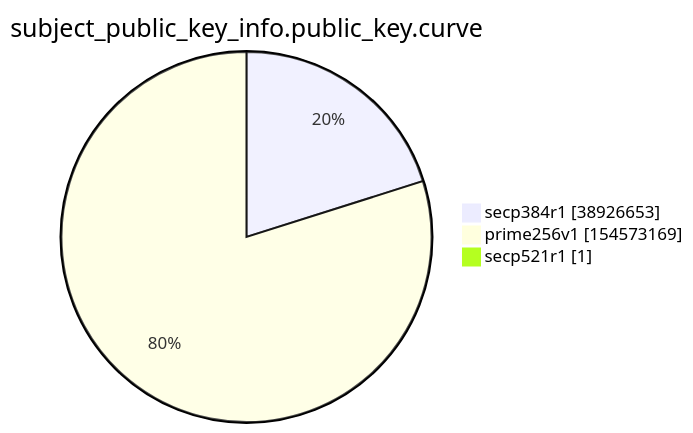
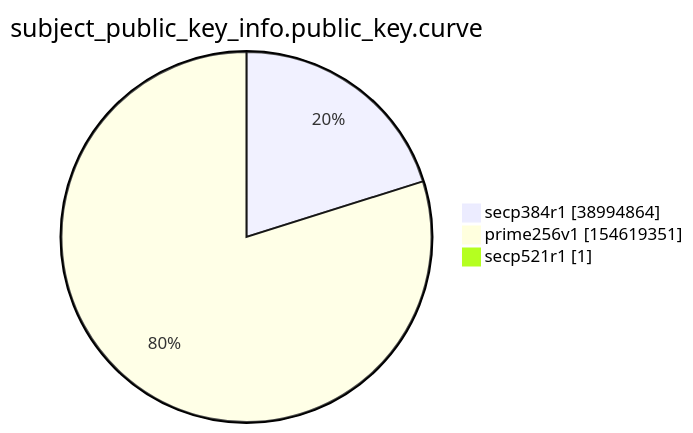
One commit to christiankrug/ctmonitor_visualization changed the ninth of 15 diagrams in xenon2022/README.md. Above: the diagram before and after it, drawn with Mermaid. The commit also changed other lines of this file, not shown here.

````diff
--- a/xenon2022/README.md
+++ b/xenon2022/README.md
@@ -2863,7 +2863,7 @@
 ```mermaid
 pie showData
 title subject_public_key_info.public_key.curve
-"secp384r1" :38926653
-"prime256v1" :154573169
+"secp384r1" :38994864
+"prime256v1" :154619351
 "secp521r1" :1
 ```
````
